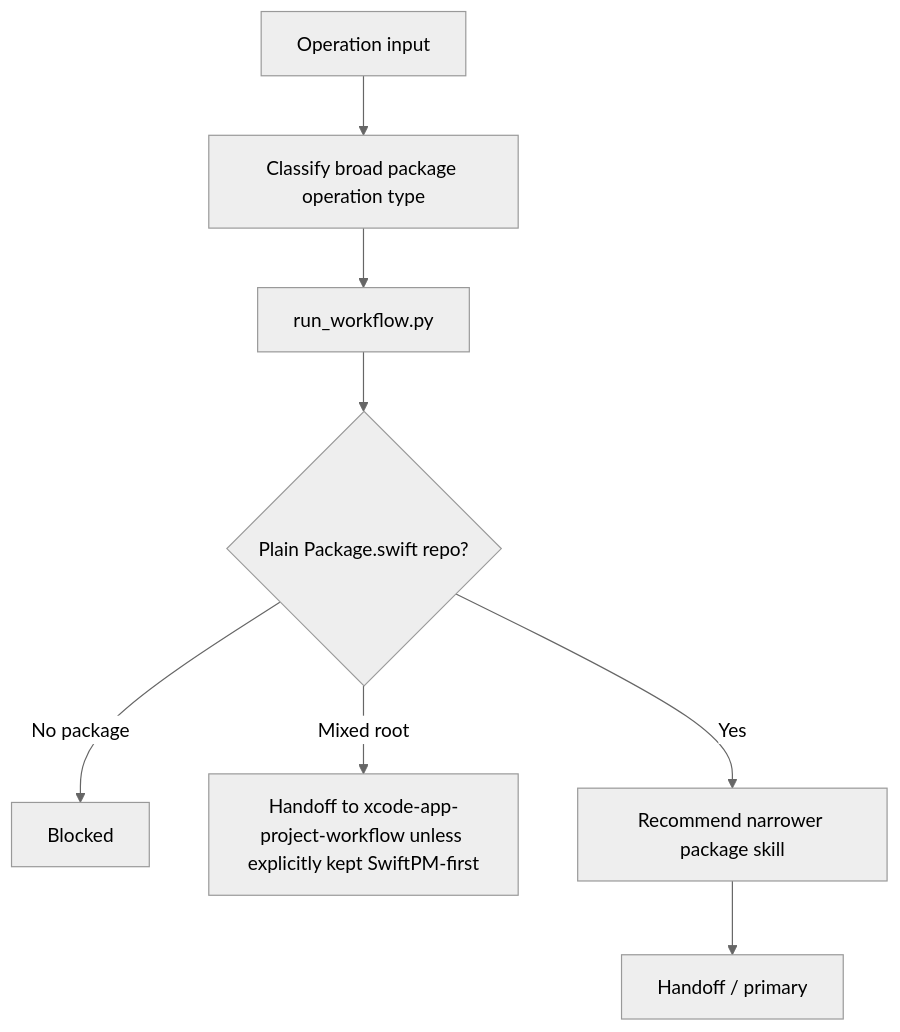
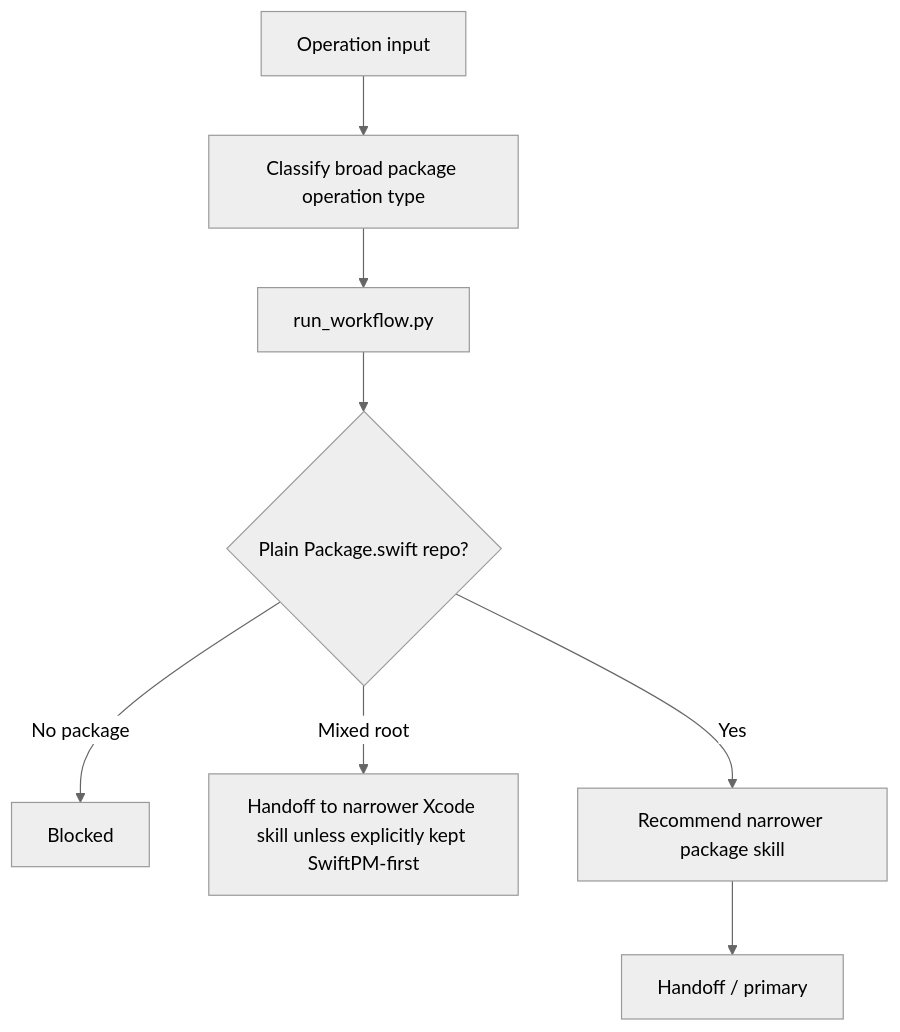
One commit to gaelic-ghost/apple-dev-skills changed the fifth of 12 diagrams in docs/maintainers/workflow-atlas.md. Above: the diagram before and after it, drawn with Mermaid (neutral theme). The commit also changed other lines of this file and 109 other files, not shown here.

Commit message:
Split Xcode workflow by execution concern

````diff
--- a/docs/maintainers/workflow-atlas.md
+++ b/docs/maintainers/workflow-atlas.md
@@ -324,10 +369,10 @@
 ```mermaid
 flowchart TD
     I["Operation input"] --> C["Classify broad package operation type"]
     C --> RW["run_workflow.py"]
     RW --> DETECT{"Plain Package.swift repo?"}
     DETECT -->|No package| BL["Blocked"]
-    DETECT -->|Mixed root| HO["Handoff to xcode-app-project-workflow unless explicitly kept SwiftPM-first"]
+    DETECT -->|Mixed root| HO["Handoff to narrower Xcode skill unless explicitly kept SwiftPM-first"]
     DETECT -->|Yes| ROUTE["Recommend narrower package skill"]
     ROUTE --> OUT["Handoff / primary"]
 ```
````
